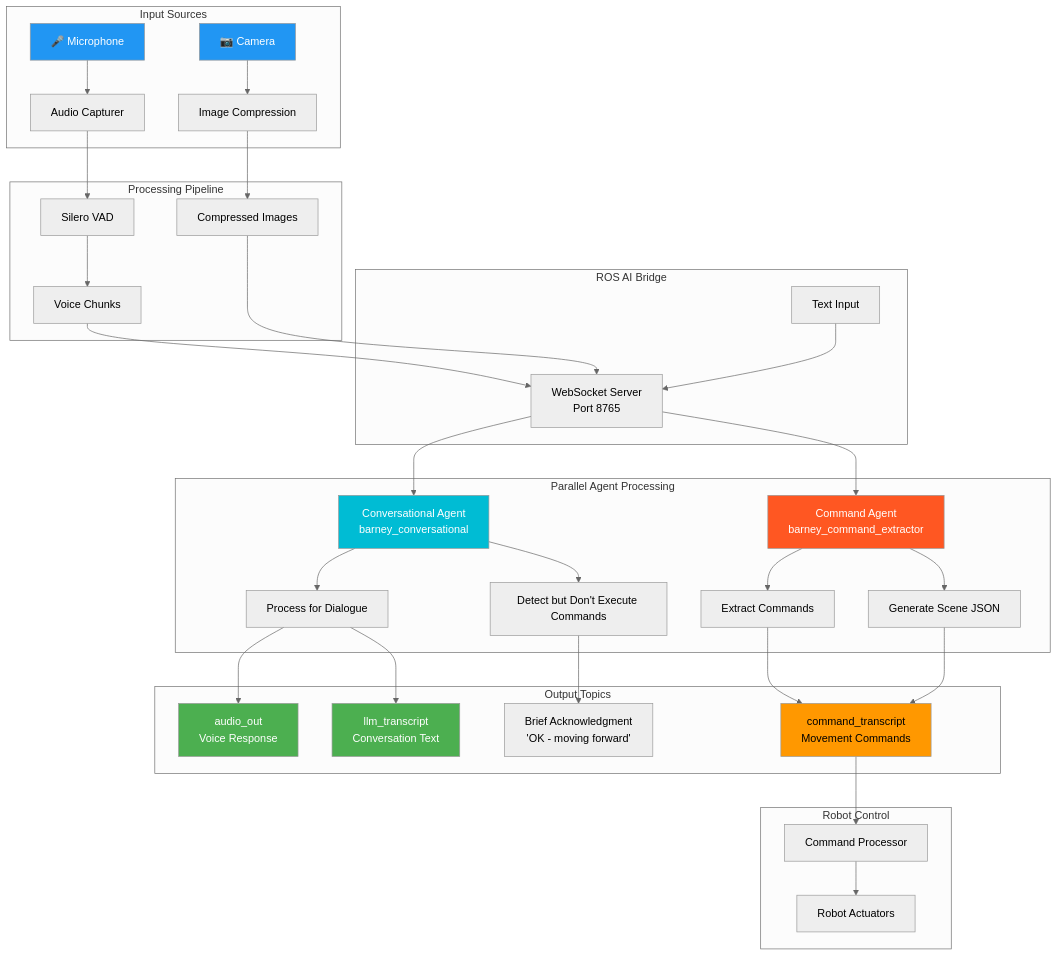
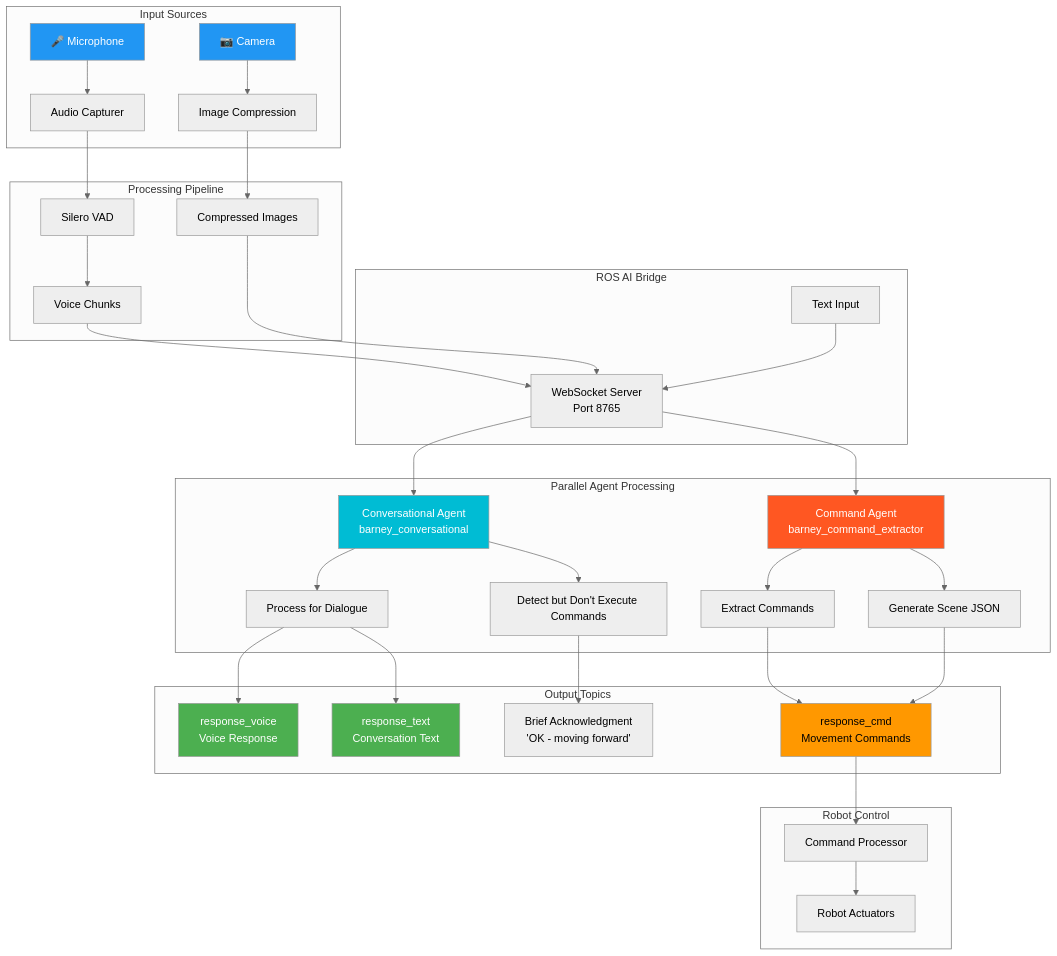
One commit to pondersome/by_your_command changed the second of 6 diagrams in docs/prompt_architecture_diagrams.md. Above: the diagram before and after it, drawn with Mermaid (neutral theme). The commit also changed other lines of this file and 33 other files, not shown here.

````diff
--- a/docs/prompt_architecture_diagrams.md
+++ b/docs/prompt_architecture_diagrams.md
@@ -77,51 +77,51 @@
 ```mermaid
 flowchart TB
     subgraph "Input Sources"
         A[🎤 Microphone] --> B[Audio Capturer]
         C[📷 Camera] --> D[Image Compression]
     end
     
     subgraph "Processing Pipeline"
         B --> E[Silero VAD]
         E --> F[Voice Chunks]
         D --> G[Compressed Images]
     end
     
     subgraph "ROS AI Bridge"
         F --> H[WebSocket Server<br/>Port 8765]
         G --> H
         I[Text Input] --> H
     end
     
     subgraph "Parallel Agent Processing"
         H --> J[Conversational Agent<br/>barney_conversational]
         H --> K[Command Agent<br/>barney_command_extractor]
         
         J --> L[Process for Dialogue]
         J --> M[Detect but Don't Execute Commands]
         
         K --> N[Extract Commands]
         K --> O[Generate Scene JSON]
     end
     
     subgraph "Output Topics"
-        L --> P[audio_out<br/>Voice Response]
-        L --> Q[llm_transcript<br/>Conversation Text]
+        L --> P[response_voice<br/>Voice Response]
+        L --> Q[response_text<br/>Conversation Text]
         M --> R["Brief Acknowledgment<br/>'OK - moving forward'"]
-        N --> S[command_transcript<br/>Movement Commands]
+        N --> S[response_cmd<br/>Movement Commands]
         O --> S
     end
     
     subgraph "Robot Control"
         S --> T[Command Processor]
         T --> U[Robot Actuators]
     end
     
     style A fill:#2196f3,color:#fff
     style C fill:#2196f3,color:#fff
     style J fill:#00bcd4,color:#fff
     style K fill:#ff5722,color:#fff
     style P fill:#4caf50,color:#fff
     style Q fill:#4caf50,color:#fff
     style S fill:#ff9800,color:#000
 ```
````
